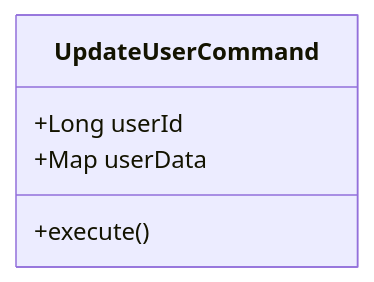
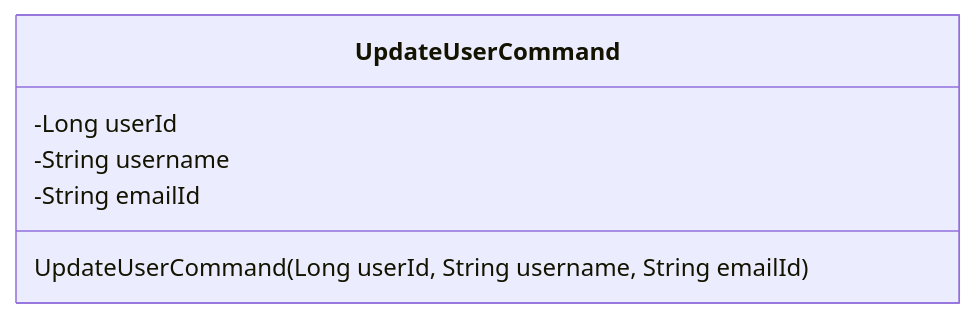
One commit to viswarajramji/user changed the third of 8 diagrams in readme.md. Above: the diagram before and after it, drawn with Mermaid. The commit also changed other lines of this file, not shown here.

````diff
--- a/readme.md
+++ b/readme.md
@@ -83,8 +84,10 @@
 ```mermaid
 classDiagram
     class UpdateUserCommand {
-        +Long userId
-        +Map userData
-        +execute()
+        -Long userId
+        -String username
+        -String emailId
+        UpdateUserCommand(Long userId, String username, String emailId)
     }
+
 ```
````
